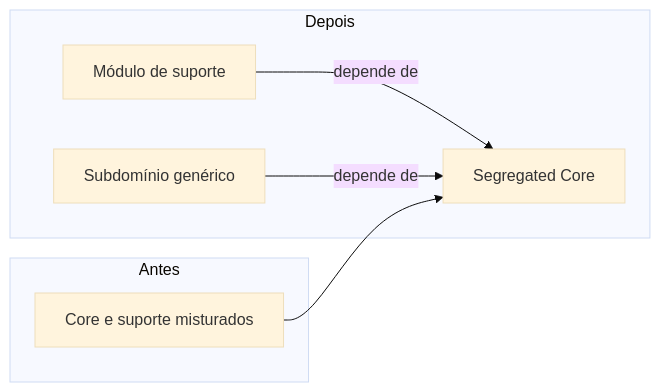
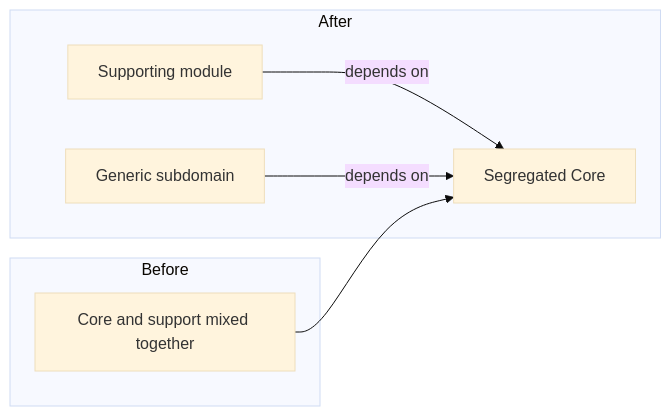
Before and after one commit to alancesar/design-patterns: the diagram in docs/application/ddd/distillation/segregated-core.md, drawn with Mermaid (base theme). The commit also changed 258 other files, not shown here.

First line of the commit message:
Translate Mermaid diagrams to English

````diff
--- a/docs/application/ddd/distillation/segregated-core.md
+++ b/docs/application/ddd/distillation/segregated-core.md
@@ -56,14 +56,14 @@
 ```mermaid
 flowchart LR
-    subgraph antes["Antes"]
-        A1["Core e suporte misturados"]
+    subgraph antes["Before"]
+        A1["Core and support mixed together"]
     end
-    subgraph depois["Depois"]
+    subgraph depois["After"]
         C["Segregated Core"]
-        S1["Módulo de suporte"]
-        S2["Subdomínio genérico"]
-        S1 -->|"depende de"| C
-        S2 -->|"depende de"| C
+        S1["Supporting module"]
+        S2["Generic subdomain"]
+        S1 -->|"depends on"| C
+        S2 -->|"depends on"| C
     end
     A1 --> C
 ```
````
